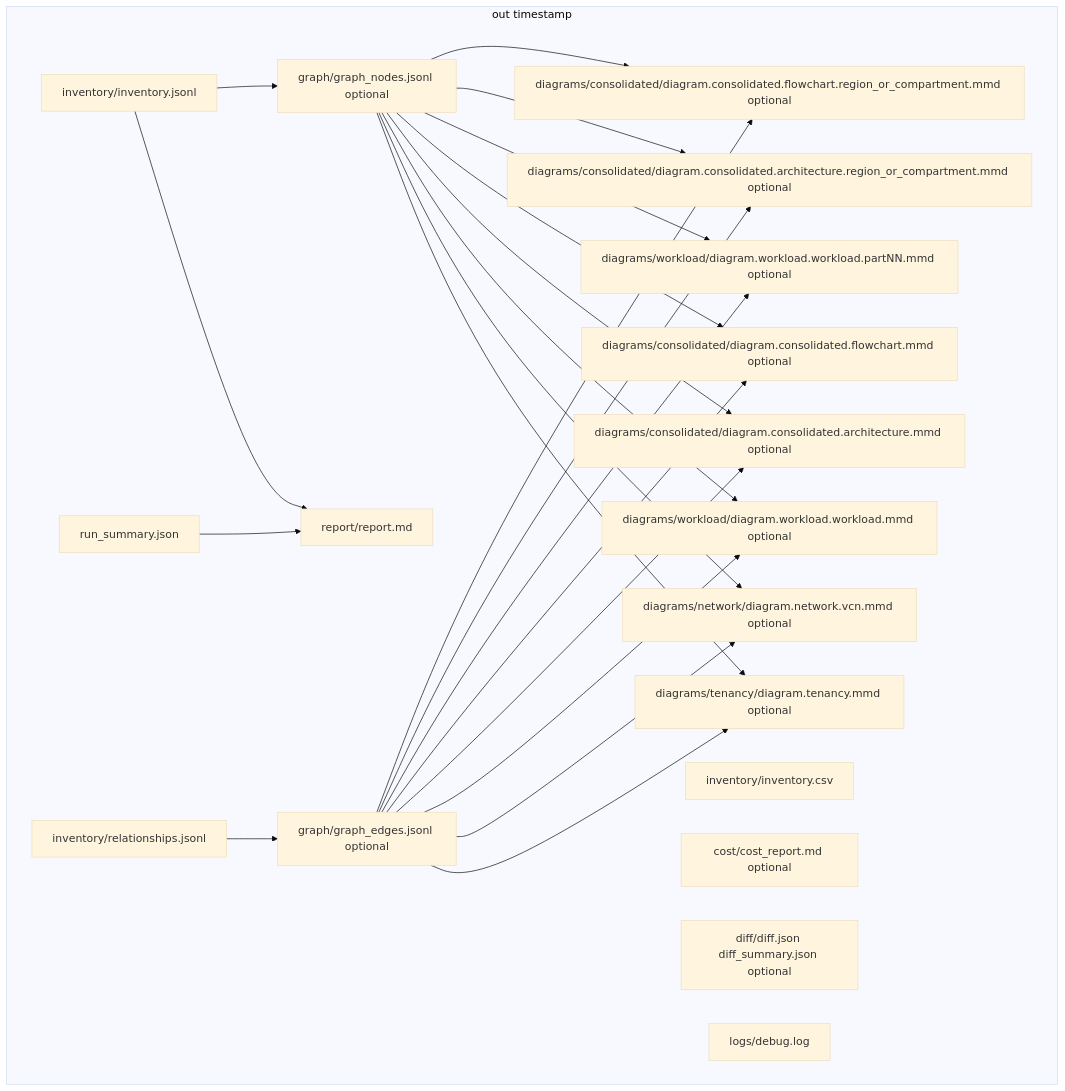
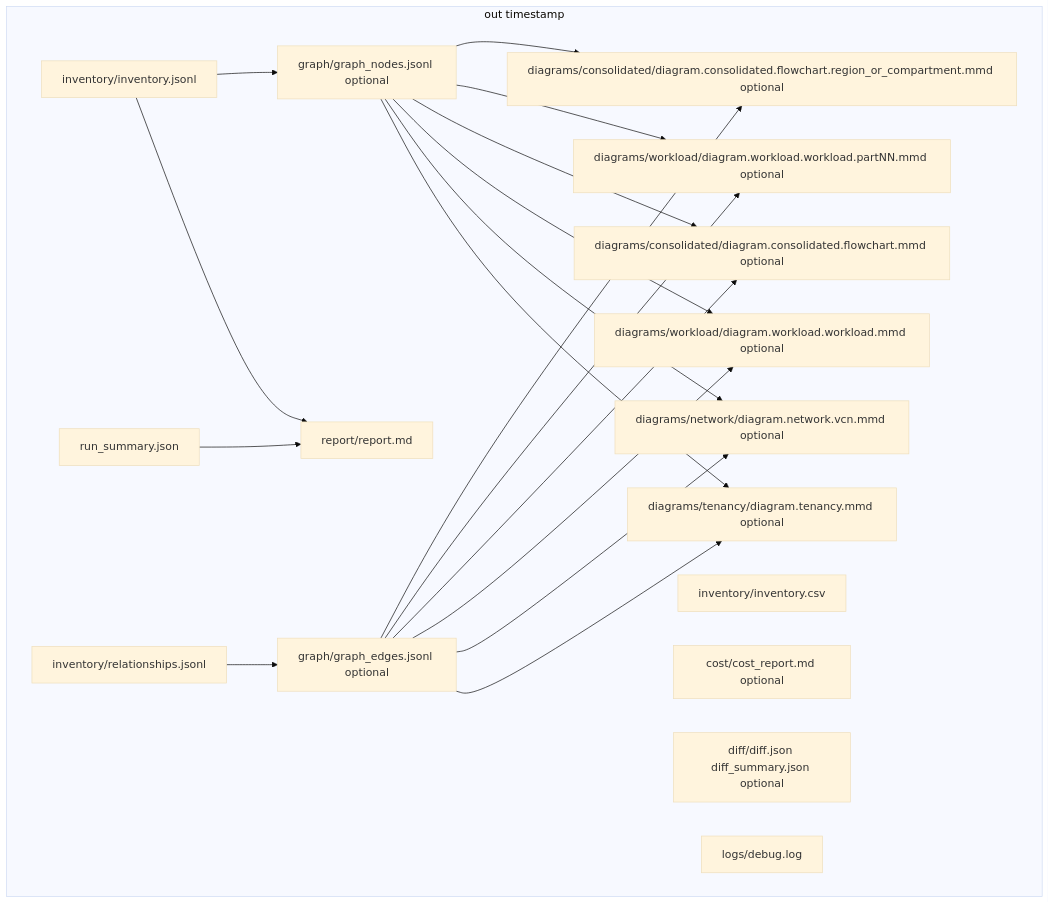
Before and after one commit to javierchan/oci: the second of 2 diagrams in inventory/README.md, drawn with Mermaid (base theme). The commit also changed other lines of this file and 10 other files, not shown here.

First line of the commit message:
Enhance report generation and CLI descriptions; remove obsolete architecture diagram

````diff
--- a/inventory/README.md
+++ b/inventory/README.md
@@ -368,43 +368,37 @@
 ```mermaid
 flowchart TB
 subgraph out_ts[out timestamp]
     inv[inventory/inventory.jsonl]
     csv[inventory/inventory.csv]
     rel[inventory/relationships.jsonl]
     nodes[graph/graph_nodes.jsonl optional]
     edges[graph/graph_edges.jsonl optional]
     ten[diagrams/tenancy/diagram.tenancy.mmd optional]
     net[diagrams/network/diagram.network.vcn.mmd optional]
     wl[diagrams/workload/diagram.workload.workload.mmd optional]
     wl_parts[diagrams/workload/diagram.workload.workload.partNN.mmd optional]
-    cons[diagrams/consolidated/diagram.consolidated.architecture.mmd optional]
     cons_fc[diagrams/consolidated/diagram.consolidated.flowchart.mmd optional]
-    cons_split[diagrams/consolidated/diagram.consolidated.architecture.region_or_compartment.mmd optional]
     cons_fc_split[diagrams/consolidated/diagram.consolidated.flowchart.region_or_compartment.mmd optional]
     rpt[report/report.md]
     sum[run_summary.json]
     cost[cost/cost_report.md optional]
     diff[diff/diff.json diff_summary.json optional]
     log[logs/debug.log]
   end
   inv --> rpt
   sum --> rpt
   inv --> nodes
   rel --> edges
   nodes --> ten
   edges --> ten
   nodes --> net
   edges --> net
   nodes --> wl
   edges --> wl
-  nodes --> cons
-  edges --> cons
   nodes --> cons_fc
   edges --> cons_fc
   nodes --> wl_parts
   edges --> wl_parts
-  nodes --> cons_split
-  edges --> cons_split
   nodes --> cons_fc_split
   edges --> cons_fc_split
 ```
````
